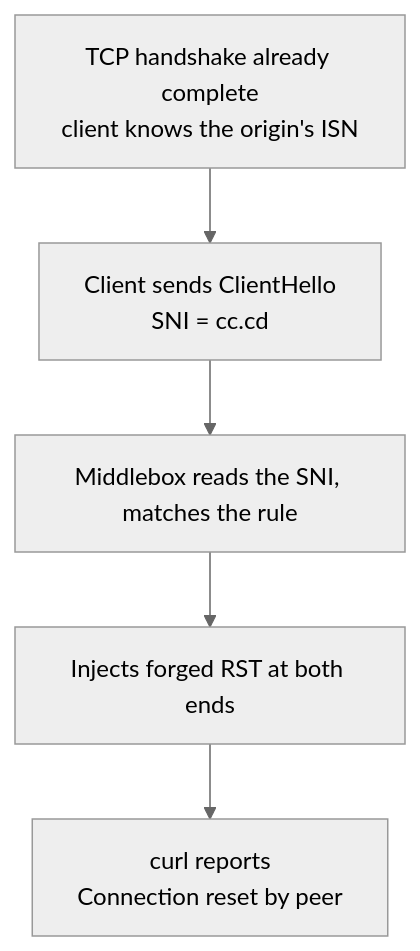
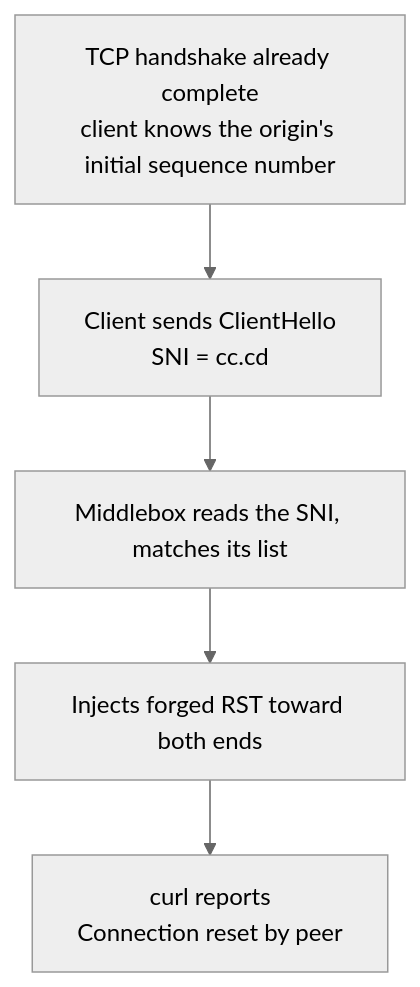
One commit to i125pro/i125pro.github.io changed the diagram in _posts/2026-09-30-cloudflare-sni-blocking-preferred-ip-dead.md. Above: the diagram before and after it, drawn with Mermaid (neutral theme). The commit also changed other lines of this file and 7 other files, not shown here.

````diff
--- a/_posts/2026-09-30-cloudflare-sni-blocking-preferred-ip-dead.md
+++ b/_posts/2026-09-30-cloudflare-sni-blocking-preferred-ip-dead.md
@@ -227,7 +185,7 @@
 ```mermaid
 flowchart TD
-    A["TCP handshake already complete<br/>client knows the origin's ISN"] --> B["Client sends ClientHello<br/>SNI = cc.cd"]
-    B --> C["Middlebox reads the SNI, matches the rule"]
-    C --> D["Injects forged RST at both ends"]
+    A["TCP handshake already complete<br/>client knows the origin's initial sequence number"] --> B["Client sends ClientHello<br/>SNI = cc.cd"]
+    B --> C["Middlebox reads the SNI, matches its list"]
+    C --> D["Injects forged RST toward both ends"]
     D --> E["curl reports<br/>Connection reset by peer"]
 ```
````
